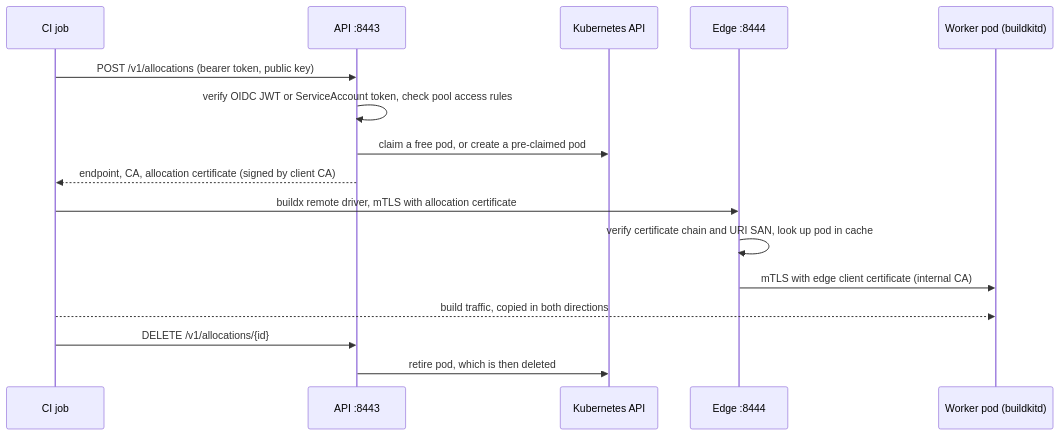
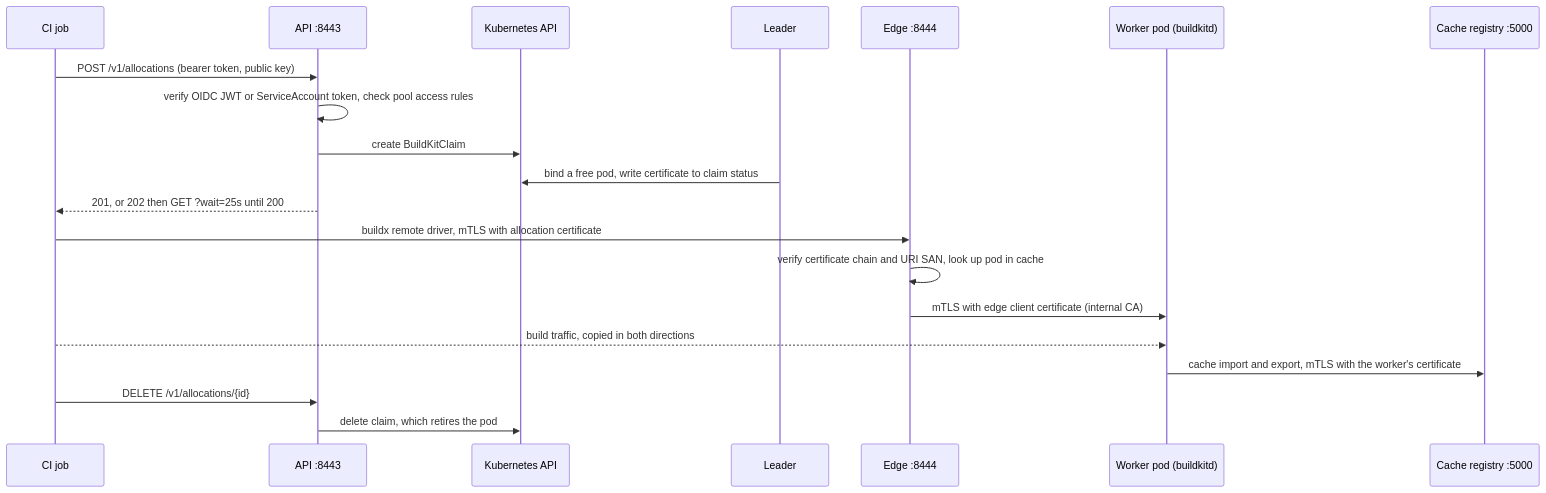
The diagram in docs/architecture.md (smrt-devops/buildkit-controller), drawn with Mermaid before and after one commit. The commit also changed other lines of this file and 11 other files, not shown here.

Commit message:
docs: update every page for the claim queue and the built-in cache

````diff
--- a/docs/architecture.md
+++ b/docs/architecture.md
@@ -35,18 +59,22 @@
 ```mermaid
 sequenceDiagram
     participant CI as CI job
     participant API as API :8443
     participant K as Kubernetes API
+    participant L as Leader
     participant Edge as Edge :8444
     participant W as Worker pod (buildkitd)
+    participant C as Cache registry :5000
     CI->>API: POST /v1/allocations (bearer token, public key)
     API->>API: verify OIDC JWT or ServiceAccount token, check pool access rules
-    API->>K: claim a free pod, or create a pre-claimed pod
-    API-->>CI: endpoint, CA, allocation certificate (signed by client CA)
+    API->>K: create BuildKitClaim
+    L->>K: bind a free pod, write certificate to claim status
+    API-->>CI: 201, or 202 then GET ?wait=25s until 200
     CI->>Edge: buildx remote driver, mTLS with allocation certificate
     Edge->>Edge: verify certificate chain and URI SAN, look up pod in cache
     Edge->>W: mTLS with edge client certificate (internal CA)
     CI-->>W: build traffic, copied in both directions
+    W->>C: cache import and export, mTLS with the worker's certificate
     CI->>API: DELETE /v1/allocations/{id}
-    API->>K: retire pod, which is then deleted
+    API->>K: delete claim, which retires the pod
 ```
````
